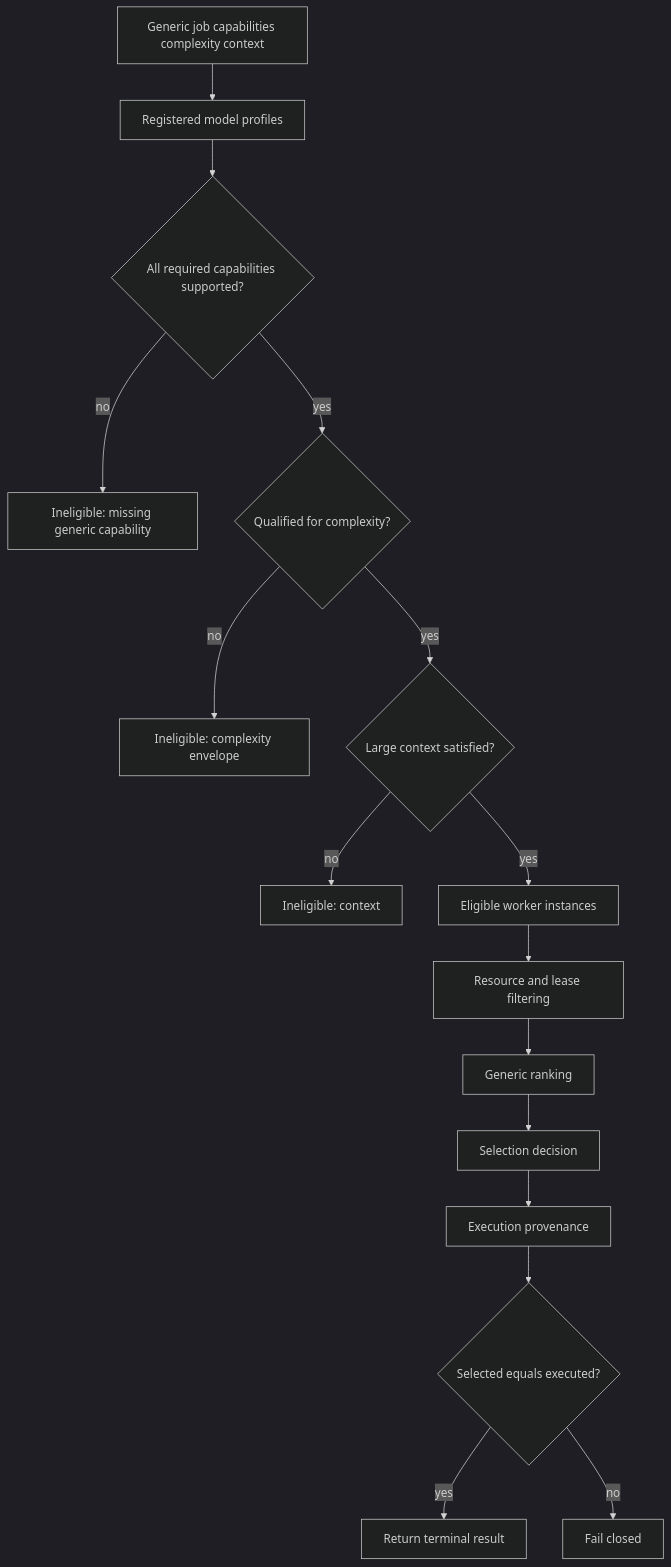
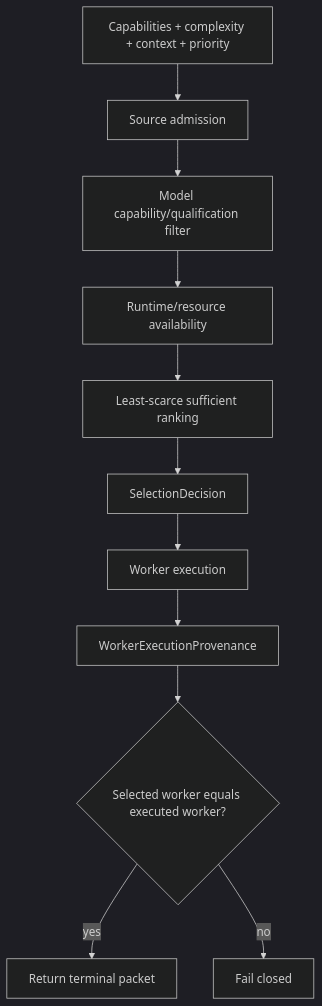
Before and after one commit to Tommyboyjedi/ATHBA: the sixth of 9 diagrams in docs/pr23_worker_routing_state_machines.md, drawn with Mermaid (dark theme). The commit also changed other lines of this file, not shown here.

````diff
--- a/docs/pr23_worker_routing_state_machines.md
+++ b/docs/pr23_worker_routing_state_machines.md
@@ -184,18 +137,13 @@
 ```mermaid
 flowchart TD
-    A[Generic job capabilities complexity context] --> B[Registered model profiles]
-    B --> C{All required capabilities supported?}
-    C -->|no| D[Ineligible: missing generic capability]
-    C -->|yes| E{Qualified for complexity?}
-    E -->|no| F[Ineligible: complexity envelope]
-    E -->|yes| G{Large context satisfied?}
-    G -->|no| H[Ineligible: context]
-    G -->|yes| I[Eligible worker instances]
-    I --> J[Resource and lease filtering]
-    J --> K[Generic ranking]
-    K --> L[Selection decision]
-    L --> M[Execution provenance]
-    M --> N{Selected equals executed?}
-    N -->|yes| O[Return terminal result]
-    N -->|no| P[Fail closed]
+    A[Capabilities + complexity + context + priority] --> B[Source admission]
+    B --> C[Model capability/qualification filter]
+    C --> D[Runtime/resource availability]
+    D --> E[Least-scarce sufficient ranking]
+    E --> F[SelectionDecision]
+    F --> G[Worker execution]
+    G --> H[WorkerExecutionProvenance]
+    H --> I{Selected worker equals executed worker?}
+    I -->|yes| J[Return terminal packet]
+    I -->|no| K[Fail closed]
 ```
````
